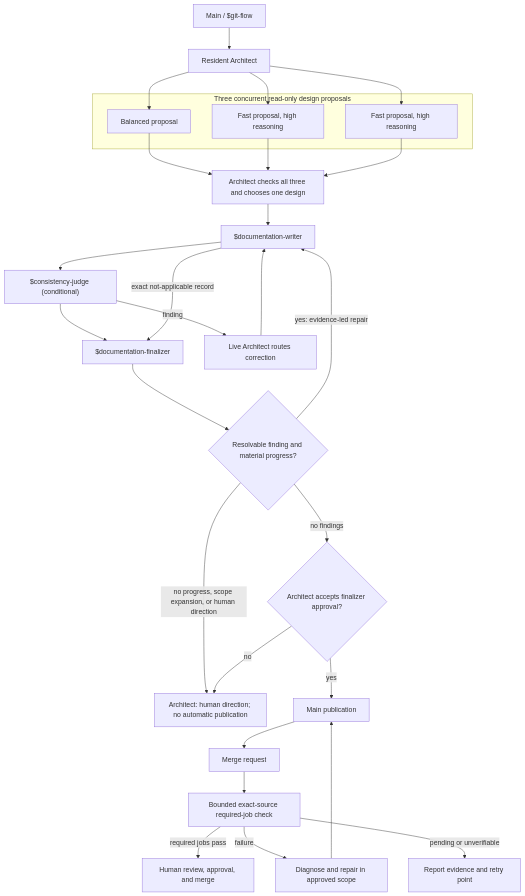
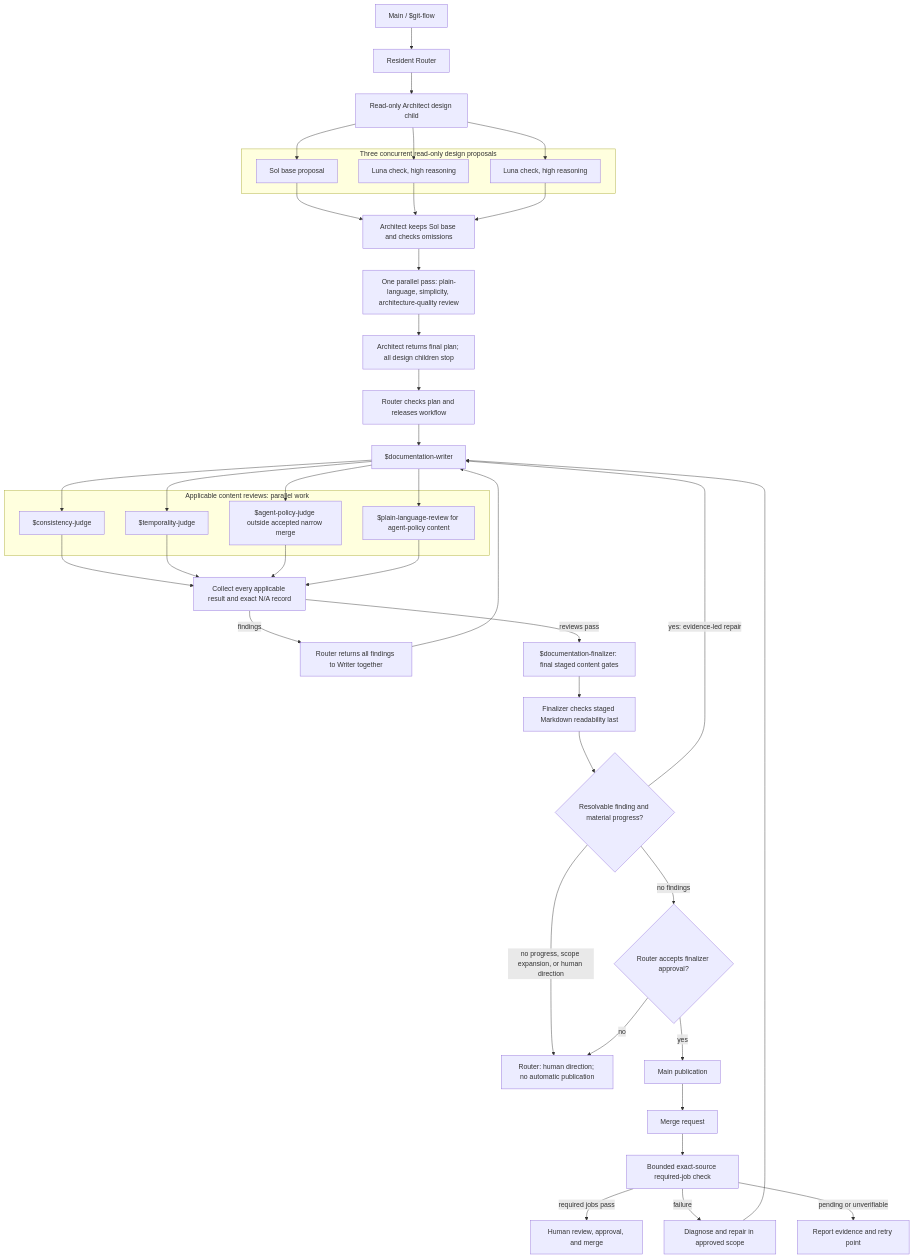
The second of 5 diagrams in docs/explanation/agentic-workflow.md (dfwguy/nvis-ova-agentic-copier), drawn with Mermaid before and after one commit. The commit also changed other lines of this file and 3 other files, not shown here.

Commit message:
docs: align workflow explanation with Router and Architect roles

````diff
--- a/docs/explanation/agentic-workflow.md
+++ b/docs/explanation/agentic-workflow.md
@@ -372,33 +389,49 @@
 ```mermaid
 flowchart TD
-    docmain["Main / $git-flow"] --> docarchitect["Resident Architect"]
+    docmain["Main / $git-flow"] --> docrouter["Resident Router"] --> docarchitect["Read-only Architect design child"]
     subgraph docproposals["Three concurrent read-only design proposals"]
-        docbalanced["Balanced proposal"]
-        docfastone["Fast proposal, high reasoning"]
-        docfasttwo["Fast proposal, high reasoning"]
+        docbalanced["Sol base proposal"]
+        docfastone["Luna check, high reasoning"]
+        docfasttwo["Luna check, high reasoning"]
     end
     docarchitect --> docbalanced
     docarchitect --> docfastone
     docarchitect --> docfasttwo
-    docbalanced --> docsynthesis["Architect checks all three and chooses one design"]
+    docbalanced --> docsynthesis["Architect keeps Sol base and checks omissions"]
     docfastone --> docsynthesis
     docfasttwo --> docsynthesis
-    docsynthesis --> docwriter["$documentation-writer"]
-    docwriter --> docconsistency["$consistency-judge (conditional)"]
-    docconsistency --> docfinalizer["$documentation-finalizer"]
-    docwriter -- "exact not-applicable record" --> docfinalizer
-    docconsistency -- "finding" --> doccorrection["Live Architect routes correction"]
+    docsynthesis --> docplanreview["One parallel pass: plain-language, simplicity, architecture-quality review"]
+    docplanreview --> docfinalplan["Architect returns final plan; all design children stop"]
+    docfinalplan --> docrelease["Router checks plan and releases workflow"]
+    docrelease --> docwriter["$documentation-writer"]
+    subgraph docreviews["Applicable content reviews: parallel work"]
+        docconsistency["$consistency-judge"]
+        doctemporality["$temporality-judge"]
+        docpolicy["$agent-policy-judge outside accepted narrow merge"]
+        docplain["$plain-language-review for agent-policy content"]
+    end
+    docwriter --> docconsistency
+    docwriter --> doctemporality
+    docwriter --> docpolicy
+    docwriter --> docplain
+    docconsistency --> docresults["Collect every applicable result and exact N/A record"]
+    doctemporality --> docresults
+    docpolicy --> docresults
+    docplain --> docresults
+    docresults -- "findings" --> doccorrection["Router returns all findings to Writer together"]
     doccorrection --> docwriter
-    docfinalizer --> docprogress{"Resolvable finding and material progress?"}
+    docresults -- "reviews pass" --> docfinalizer["$documentation-finalizer: final staged content gates"]
+    docfinalizer --> docreadability["Finalizer checks staged Markdown readability last"]
+    docreadability --> docprogress{"Resolvable finding and material progress?"}
     docprogress -- "yes: evidence-led repair" --> docwriter
-    docprogress -- "no findings" --> docdecision{"Architect accepts finalizer approval?"}
-    docprogress -- "no progress, scope expansion, or human direction" --> dochuman["Architect: human direction; no automatic publication"]
+    docprogress -- "no findings" --> docdecision{"Router accepts finalizer approval?"}
+    docprogress -- "no progress, scope expansion, or human direction" --> dochuman["Router: human direction; no automatic publication"]
     docdecision -- "yes" --> docpublish["Main publication"]
     docdecision -- "no" --> dochuman
     docpublish --> docmr["Merge request"]
     docmr --> docpipeline["Bounded exact-source required-job check"]
     docpipeline -- "required jobs pass" --> dochumanreview["Human review, approval, and merge"]
     docpipeline -- "failure" --> docrepair["Diagnose and repair in approved scope"]
-    docrepair --> docpublish
+    docrepair --> docwriter
     docpipeline -- "pending or unverifiable" --> docretrycheck["Report evidence and retry point"]
 ```
````
